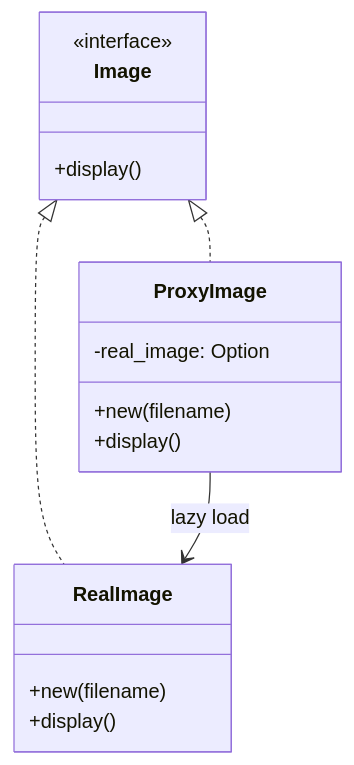
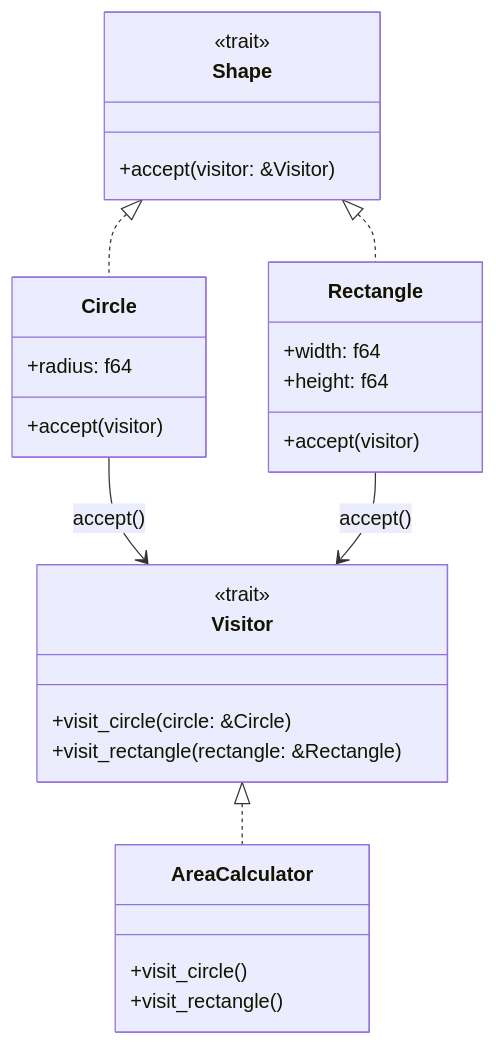
Before and after one commit to xmlbuilder/Rust_Tutorial: the diagram in DesignPattern/016-Proxy.md, drawn with Mermaid. The commit also changed other lines of this file and 1 other file, not shown here.

````diff
--- a/DesignPattern/016-Proxy.md
+++ b/DesignPattern/016-Proxy.md
@@ -201,22 +220,36 @@
 ```mermaid
 classDiagram
-    class Image {
-        <<interface>>
-        +display()
+    class Shape {
+        <<trait>>
+        +accept(visitor: &Visitor)
     }
 
-    class RealImage {
-        +new(filename)
-        +display()
+    class Circle {
+        +radius: f64
+        +accept(visitor)
     }
 
-    class ProxyImage {
-        +new(filename)
-        +display()
-        -real_image: Option<RealImage>
+    class Rectangle {
+        +width: f64
+        +height: f64
+        +accept(visitor)
     }
 
-    Image <|.. RealImage
-    Image <|.. ProxyImage
-    ProxyImage --> RealImage : lazy load
+    class Visitor {
+        <<trait>>
+        +visit_circle(circle: &Circle)
+        +visit_rectangle(rectangle: &Rectangle)
+    }
+
+    class AreaCalculator {
+        +visit_circle()
+        +visit_rectangle()
+    }
+
+    Shape <|.. Circle
+    Shape <|.. Rectangle
+    Visitor <|.. AreaCalculator
+    Circle --> Visitor : accept()
+    Rectangle --> Visitor : accept()
+
 ```
````
